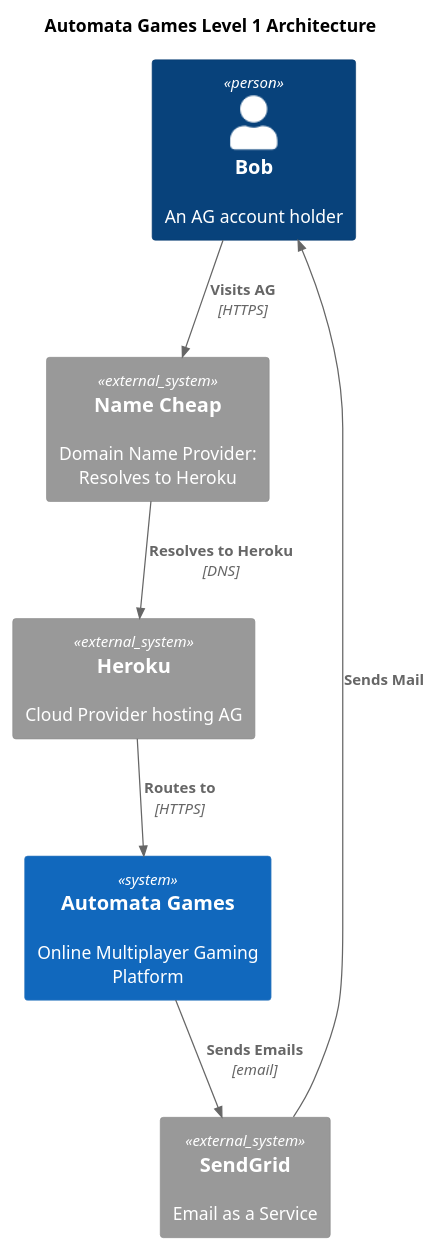
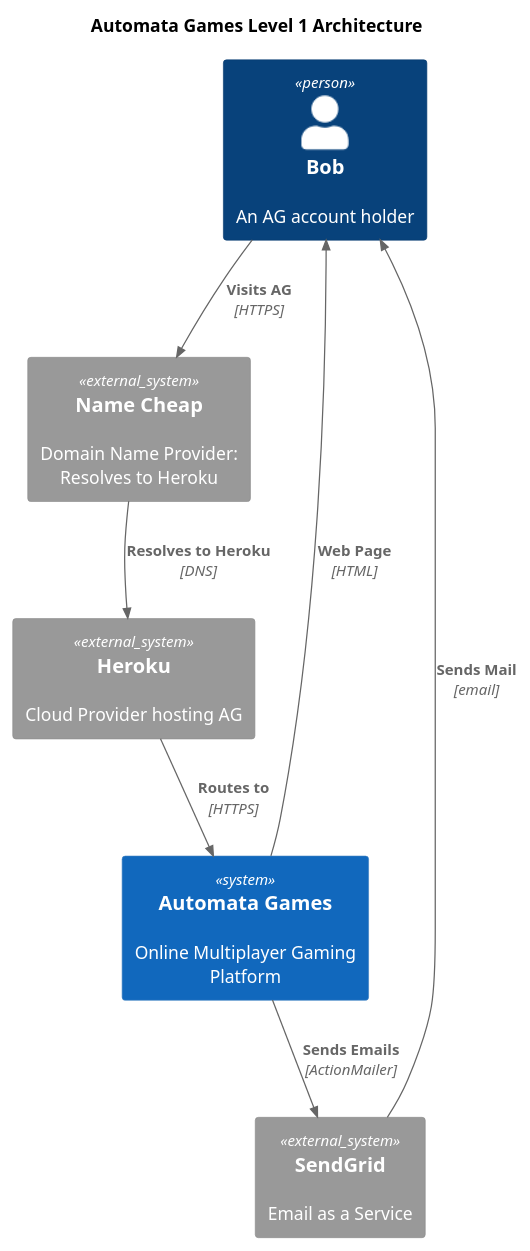
Before and after one commit to kyle-rader/rust-web-app: the diagram in docs/diagrams/src/context_overview.puml, drawn with PlantUML. The commit also changed 4 other files, not shown here.

First line of the commit message:
convert mermaid diagram of rails to puml

```diff
--- a/docs/diagrams/src/context_overview.puml
+++ b/docs/diagrams/src/context_overview.puml
@@ -1,16 +1,16 @@
 @startuml ag_level1
 !include <C4/C4_Container>
 title Automata Games Level 1 Architecture
 Person(ubob, "Bob", "An AG account holder")
 System_Ext(namecheap, "Name Cheap", "Domain Name Provider: Resolves to Heroku")
 System_Ext(hk, "Heroku", "Cloud Provider hosting AG")
 System(ag, "Automata Games", "Online Multiplayer Gaming Platform")
 System_Ext(sendgrid, "SendGrid", "Email as a Service")
 
 Rel_D(ubob, namecheap, "Visits AG", "HTTPS")
 Rel(namecheap, hk, "Resolves to Heroku", "DNS")
 Rel(hk, ag, "Routes to", "HTTPS")
-Rel(ag, sendgrid, "Sends Emails", "email")
-Rel(sendgrid, ubob, "Sends Mail")
-
+Rel(ag, sendgrid, "Sends Emails", "ActionMailer")
+Rel(sendgrid, ubob, "Sends Mail", "email")
+Rel(ag, ubob, "Web Page", "HTML")
 @enduml
```
